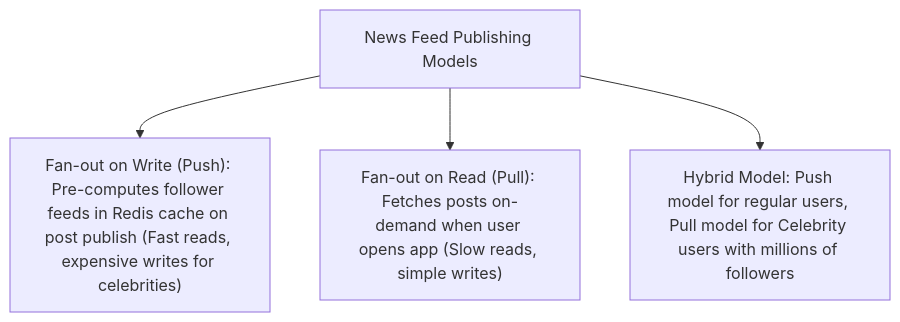
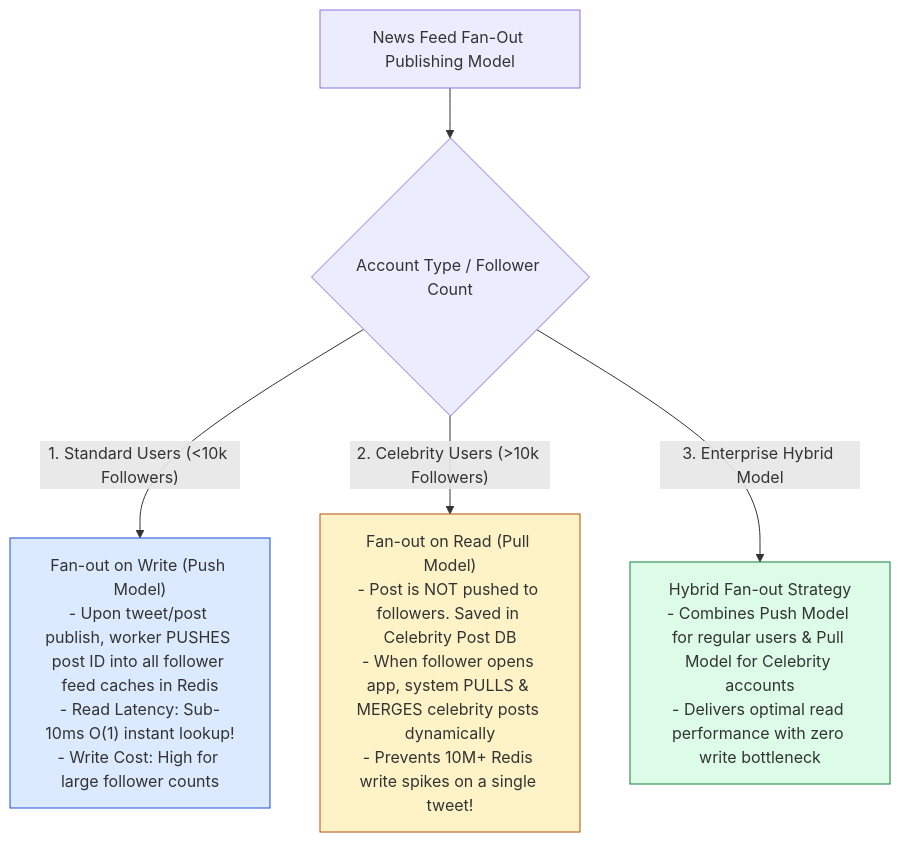
The first of 3 diagrams in system-design-notes/28-design-news-feed.md (Amie-dev/engineering-playbook), drawn with Mermaid before and after one commit. The commit also changed other lines of this file and 33 other files, not shown here.

````diff
--- a/system-design-notes/28-design-news-feed.md
+++ b/system-design-notes/28-design-news-feed.md
@@ -10,6 +15,14 @@
 ```mermaid
-graph TD
-    Models[News Feed Publishing Models] --> Push["Fan-out on Write (Push): Pre-computes follower feeds in Redis cache on post publish (Fast reads, expensive writes for celebrities)"]
-    Models --> Pull["Fan-out on Read (Pull): Fetches posts on-demand when user opens app (Slow reads, simple writes)"]
-    Models --> Hybrid["Hybrid Model: Push model for regular users, Pull model for Celebrity users with millions of followers"]
+flowchart TD
+    FanOutChoice[News Feed Fan-Out Publishing Model] --> Strategy{Account Type / Follower Count}
+
+    Strategy -- "1. Standard Users (<10k Followers)" --> PushModel["Fan-out on Write (Push Model)<br/>- Upon tweet/post publish, worker PUSHES post ID into all follower feed caches in Redis<br/>- Read Latency: Sub-10ms O(1) instant lookup!<br/>- Write Cost: High for large follower counts"]
+
+    Strategy -- "2. Celebrity Users (>10k Followers)" --> PullModel["Fan-out on Read (Pull Model)<br/>- Post is NOT pushed to followers. Saved in Celebrity Post DB<br/>- When follower opens app, system PULLS & MERGES celebrity posts dynamically<br/>- Prevents 10M+ Redis write spikes on a single tweet!"]
+
+    Strategy -- "3. Enterprise Hybrid Model" --> HybridModel["Hybrid Fan-out Strategy<br/>- Combines Push Model for regular users & Pull Model for Celebrity accounts<br/>- Delivers optimal read performance with zero write bottleneck"]
+
+    style HybridModel fill:#dcfce7,stroke:#15803d
+    style PushModel fill:#dbeafe,stroke:#1d4ed8
+    style PullModel fill:#fef3c7,stroke:#b45309
 ```
````
